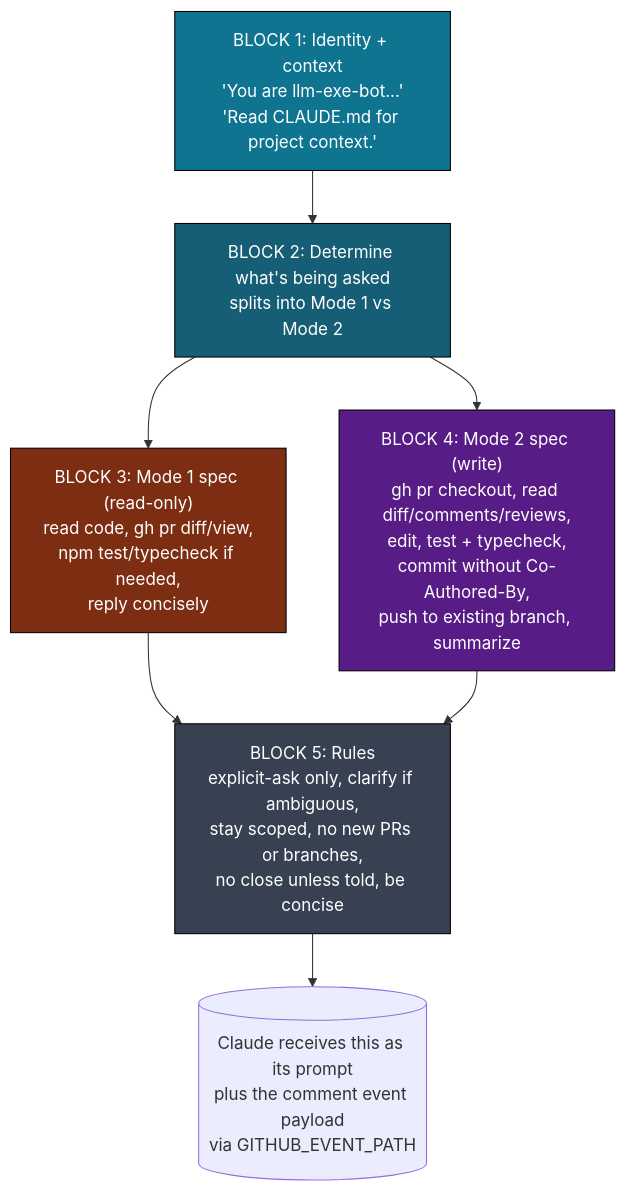
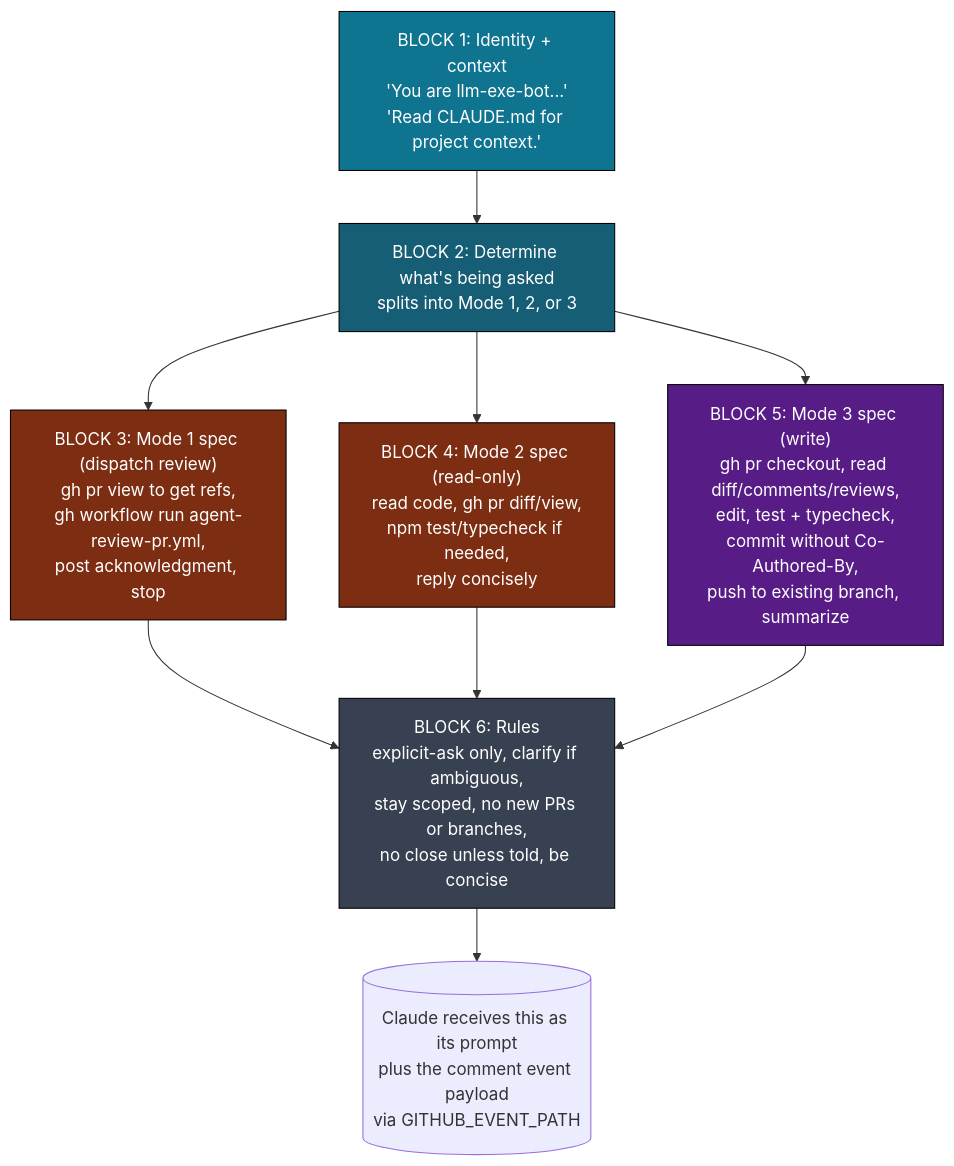
Before and after one commit to gregreindel/llm-exe: the sixth of 13 diagrams in .github/docs/BOT_RESPOND_DEEP_DIVE.md, drawn with Mermaid. The commit also changed other lines of this file and 4 other files, not shown here.

First line of the commit message:
docs: sync deep dives after agent-review-pr and bot-respond changes

````diff
--- a/.github/docs/BOT_RESPOND_DEEP_DIVE.md
+++ b/.github/docs/BOT_RESPOND_DEEP_DIVE.md
@@ -259,20 +271,23 @@
 ```mermaid
 flowchart TB
     classDef l1 fill:#0e7490,color:#fff,stroke:#000
     classDef l2 fill:#155e75,color:#fff,stroke:#000
     classDef l3 fill:#7c2d12,color:#fff,stroke:#000
     classDef l4 fill:#581c87,color:#fff,stroke:#000
     classDef l5 fill:#374151,color:#fff,stroke:#000
 
     A["BLOCK 1: Identity + context\n'You are llm-exe-bot...'\n'Read CLAUDE.md for project context.'"]:::l1
-    B["BLOCK 2: Determine what's being asked\nsplits into Mode 1 vs Mode 2"]:::l2
-    C["BLOCK 3: Mode 1 spec (read-only)\nread code, gh pr diff/view,\nnpm test/typecheck if needed,\nreply concisely"]:::l3
-    D["BLOCK 4: Mode 2 spec (write)\ngh pr checkout, read diff/comments/reviews,\nedit, test + typecheck,\ncommit without Co-Authored-By,\npush to existing branch, summarize"]:::l4
-    E["BLOCK 5: Rules\nexplicit-ask only, clarify if ambiguous,\nstay scoped, no new PRs or branches,\nno close unless told, be concise"]:::l5
+    B["BLOCK 2: Determine what's being asked\nsplits into Mode 1, 2, or 3"]:::l2
+    B1["BLOCK 3: Mode 1 spec (dispatch review)\ngh pr view to get refs,\ngh workflow run agent-review-pr.yml,\npost acknowledgment, stop"]:::l3
+    C["BLOCK 4: Mode 2 spec (read-only)\nread code, gh pr diff/view,\nnpm test/typecheck if needed,\nreply concisely"]:::l3
+    D["BLOCK 5: Mode 3 spec (write)\ngh pr checkout, read diff/comments/reviews,\nedit, test + typecheck,\ncommit without Co-Authored-By,\npush to existing branch, summarize"]:::l4
+    E["BLOCK 6: Rules\nexplicit-ask only, clarify if ambiguous,\nstay scoped, no new PRs or branches,\nno close unless told, be concise"]:::l5
 
-    A --> B --> C
+    A --> B --> B1
+    B --> C
     B --> D
+    B1 --> E
     C --> E
     D --> E
     E --> X[("Claude receives this as its prompt\nplus the comment event payload\nvia GITHUB_EVENT_PATH")]
 ```
````
